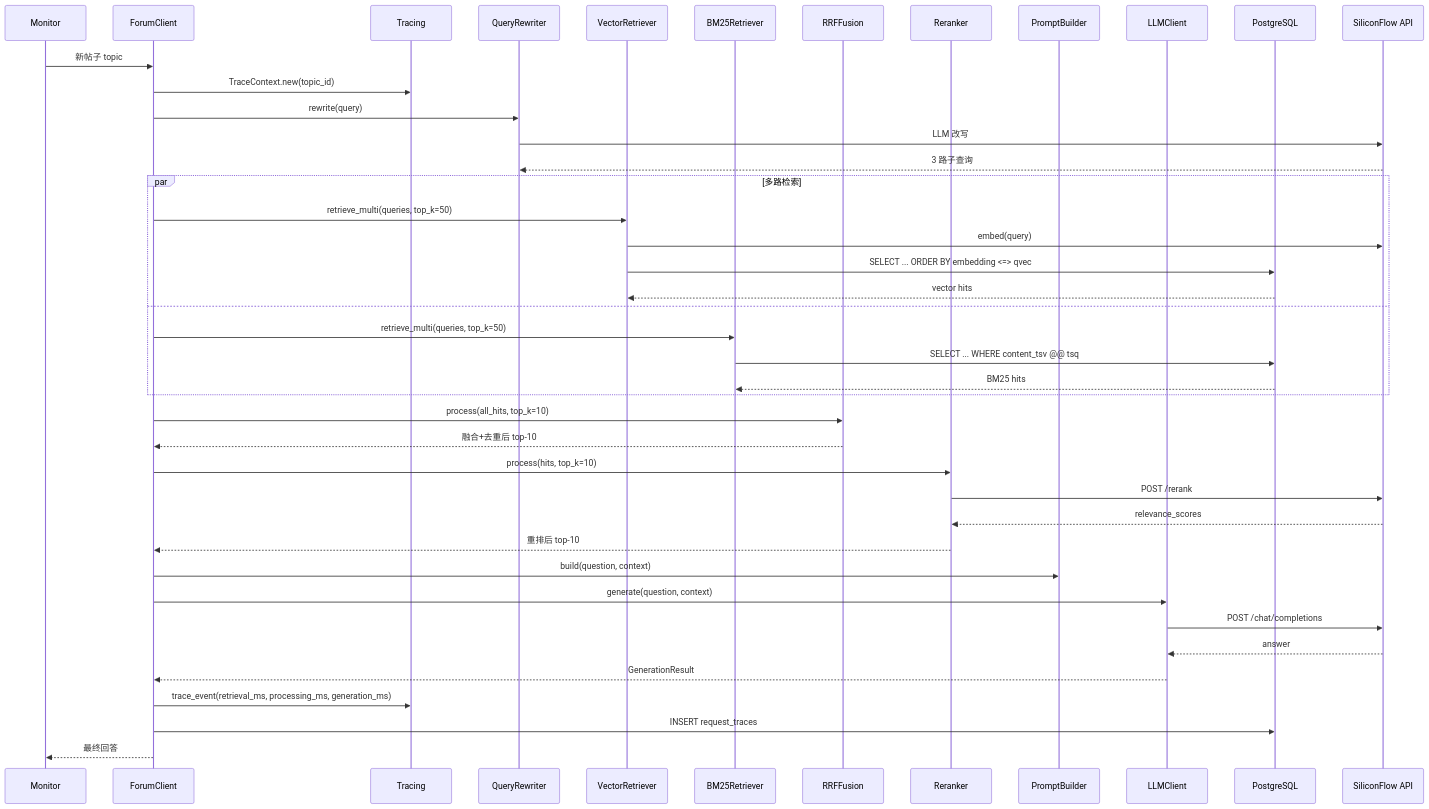
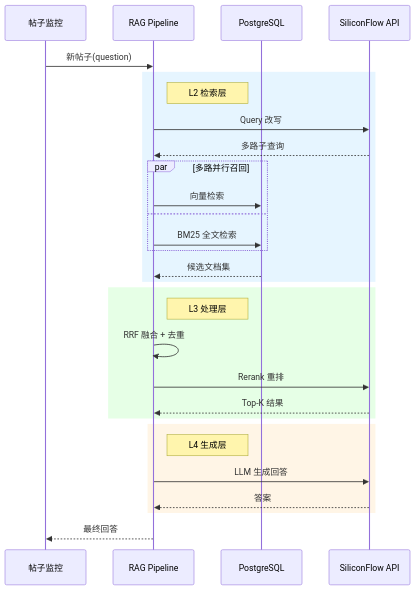
Before and after one commit to yyl-support/common: the second of 4 diagrams in doc/0519-RAG切换.md, drawn with Mermaid. The commit also changed other lines of this file, not shown here.

First line of the commit message:
简化架构图和时序图，提升层次感和可读性

````diff
--- a/doc/0519-RAG切换.md
+++ b/doc/0519-RAG切换.md
@@ -111,49 +69,36 @@
 ```mermaid
 sequenceDiagram
-    participant M as Monitor
-    participant FC as ForumClient
-    participant T as Tracing
-    participant QR as QueryRewriter
-    participant VR as VectorRetriever
-    participant BR as BM25Retriever
-    participant RRF as RRFFusion
-    participant RK as Reranker
-    participant PB as PromptBuilder
-    participant LLM as LLMClient
-    participant PG as PostgreSQL
-    participant SF as SiliconFlow API
+    participant Monitor as 帖子监控
+    participant Pipeline as RAG Pipeline
+    participant DB as PostgreSQL
+    participant API as SiliconFlow API
 
-    M->>FC: 新帖子 topic
-    FC->>T: TraceContext.new(topic_id)
-    FC->>QR: rewrite(query)
-    QR->>SF: LLM 改写
-    SF-->>QR: 3 路子查询
-    
-    par 多路检索
-        FC->>VR: retrieve_multi(queries, top_k=50)
-        VR->>SF: embed(query)
-        VR->>PG: SELECT ... ORDER BY embedding <=> qvec
-        PG-->>VR: vector hits
+    Monitor->>Pipeline: 新帖子(question)
+
+    rect rgb(230, 245, 255)
+    note right of Pipeline: L2 检索层
+    Pipeline->>API: Query 改写
+    API-->>Pipeline: 多路子查询
+    par 多路并行召回
+        Pipeline->>DB: 向量检索
     and
-        FC->>BR: retrieve_multi(queries, top_k=50)
-        BR->>PG: SELECT ... WHERE content_tsv @@ tsq
-        PG-->>BR: BM25 hits
+        Pipeline->>DB: BM25 全文检索
+    end
+    DB-->>Pipeline: 候选文档集
     end
 
-    FC->>RRF: process(all_hits, top_k=10)
-    RRF-->>FC: 融合+去重后 top-10
-    FC->>RK: process(hits, top_k=10)
-    RK->>SF: POST /rerank
-    SF-->>RK: relevance_scores
-    RK-->>FC: 重排后 top-10
+    rect rgb(230, 255, 230)
+    note right of Pipeline: L3 处理层
+    Pipeline->>Pipeline: RRF 融合 + 去重
+    Pipeline->>API: Rerank 重排
+    API-->>Pipeline: Top-K 结果
+    end
 
-    FC->>PB: build(question, context)
-    FC->>LLM: generate(question, context)
-    LLM->>SF: POST /chat/completions
-    SF-->>LLM: answer
-    LLM-->>FC: GenerationResult
+    rect rgb(255, 245, 230)
+    note right of Pipeline: L4 生成层
+    Pipeline->>API: LLM 生成回答
+    API-->>Pipeline: 答案
+    end
 
-    FC->>T: trace_event(retrieval_ms, processing_ms, generation_ms)
-    FC->>PG: INSERT request_traces
-    FC-->>M: 最终回答
+    Pipeline-->>Monitor: 最终回答
 ```
````
